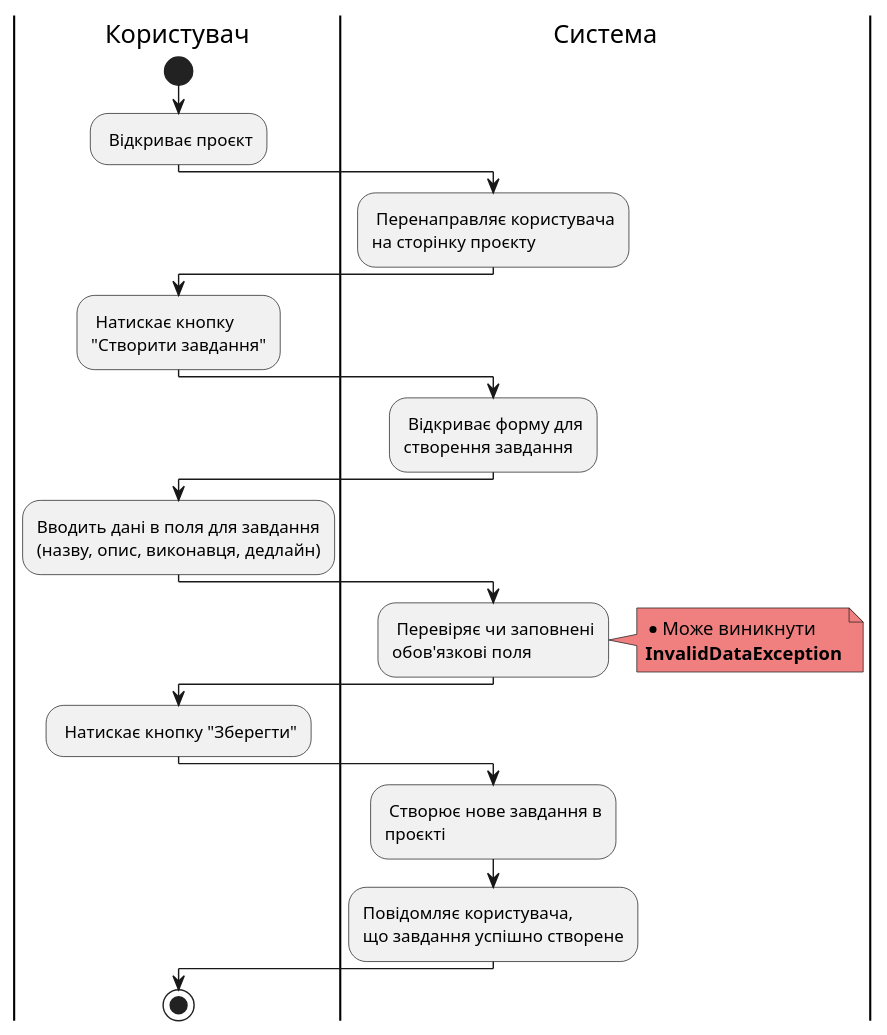
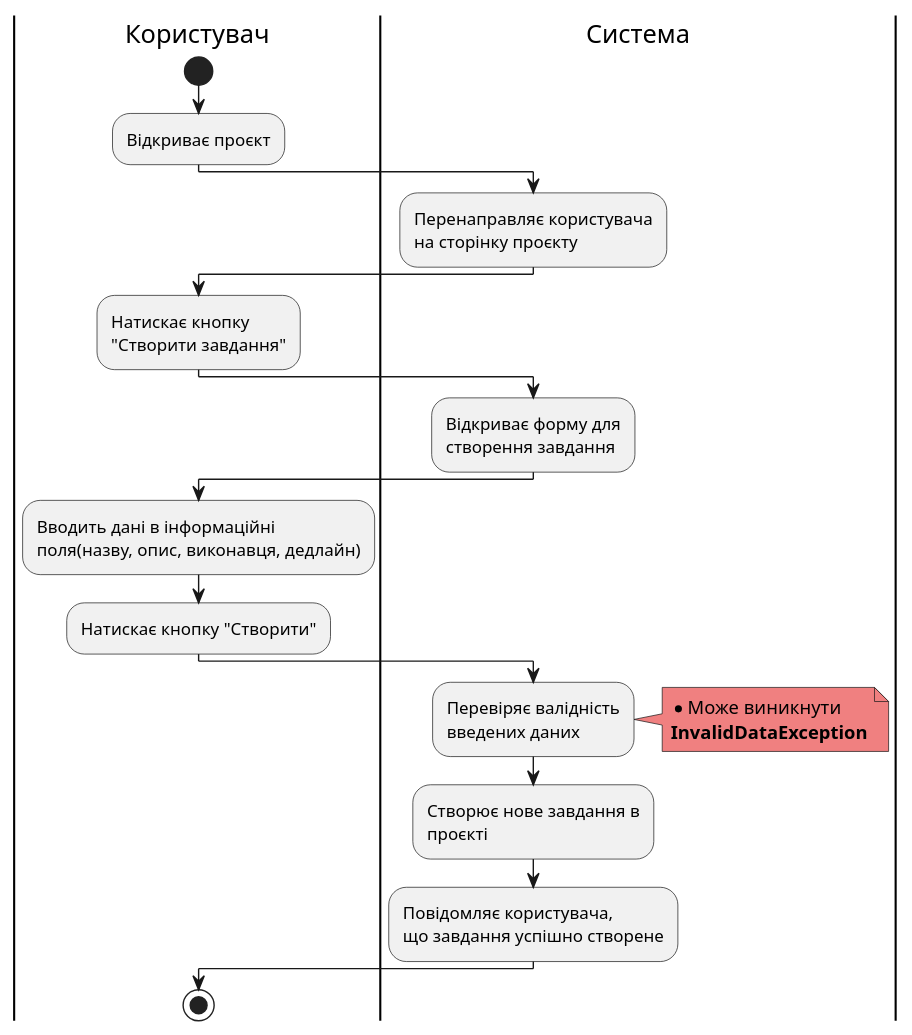
One commit to samoilenkomariia/db-coursework changed diagram 14 of 23 in docs/use cases/README.md. Above: the diagram before and after it, drawn with PlantUML. The commit also changed other lines of this file, not shown here.

```diff
--- a/docs/use cases/README.md
+++ b/docs/use cases/README.md
@@ -607,36 +607,30 @@
 @startuml
 
     |Користувач|
     start;
-    : Відкриває проєкт;
+    :Відкриває проєкт;
     
     |Система|
-    : Перенаправляє користувача\nна сторінку проєкту;
+    :Перенаправляє користувача\nна сторінку проєкту;
     
     |Користувач|
-    : Натискає кнопку\n"Створити завдання";
+    :Натискає кнопку\n"Створити завдання";
 
     |Система|
-    : Відкриває форму для\nстворення завдання;
+    :Відкриває форму для\nстворення завдання;
 
     |Користувач|
-    :Вводить дані в поля для завдання\n(назву, опис, виконавця, дедлайн);
-    
+    :Вводить дані в інформаційні\nполя(назву, опис, виконавця, дедлайн);  
+    :Натискає кнопку "Створити";
     |Система|
-    : Перевіряє чи заповнені\nобов'язкові поля;
-    
+    :Перевіряє валідність\nвведених даних;
     note right #lightcoral
         * Може виникнути
         <b>InvalidDataException</b>
     end note
-        
-    |Користувач|
-    : Натискає кнопку "Зберегти";
-
-    |Система|
-    : Створює нове завдання в\nпроєкті;
+    :Створює нове завдання в\nпроєкті;
     :Повідомляє користувача,\nщо завдання успішно створене;
 
      |Користувач|
         stop;
 @enduml
```
